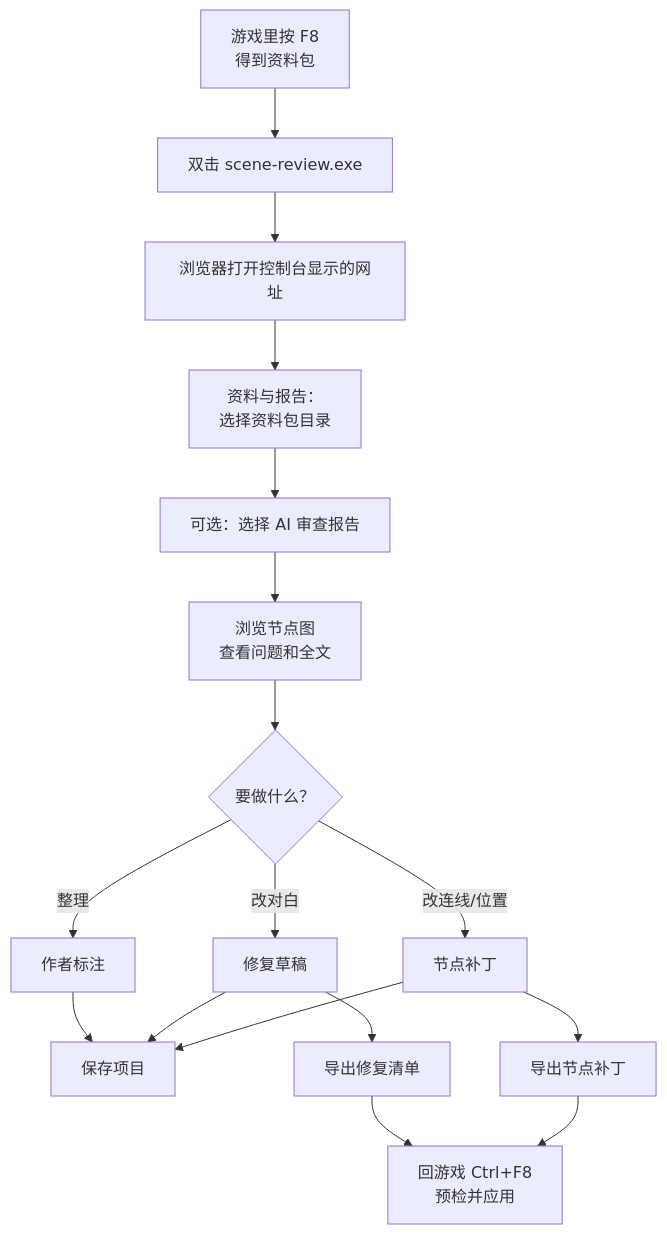
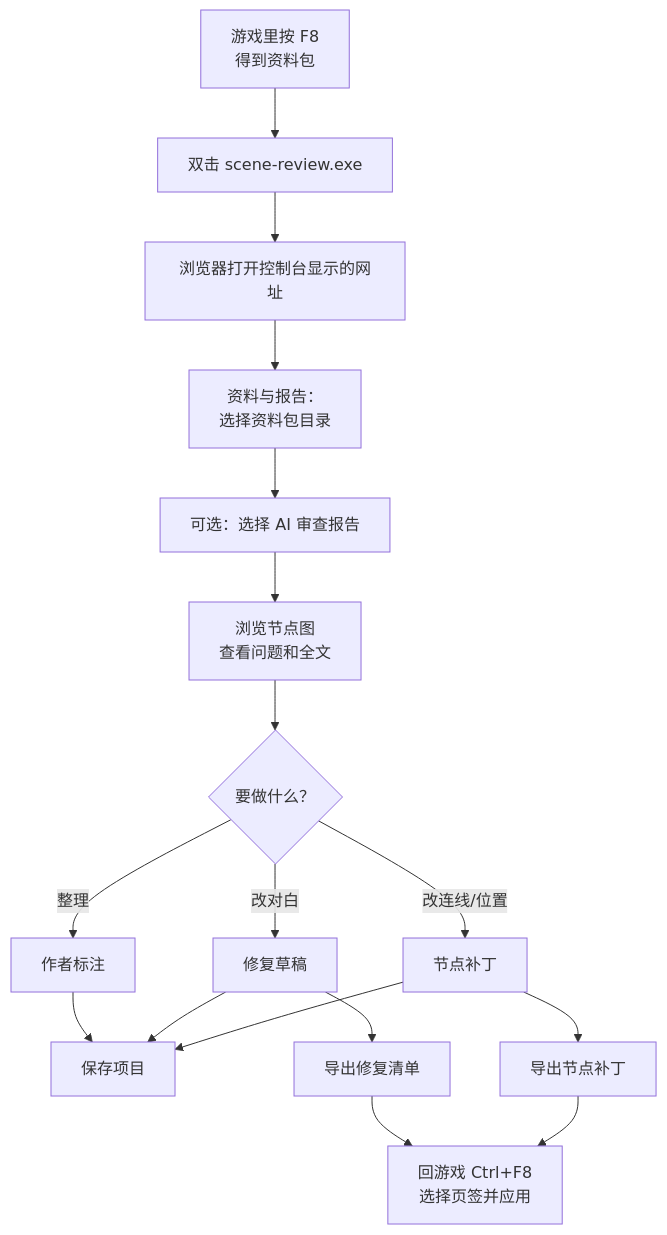
One commit to invatespec/EmotionCreators-plugins changed the first of 5 diagrams in EC_SceneAudit/review-browser/Readme-claude-opus-5.5.md. Above: the diagram before and after it, drawn with Mermaid. The commit also changed other lines of this file and 45 other files, not shown here.

````diff
--- a/EC_SceneAudit/review-browser/Readme-claude-opus-5.5.md
+++ b/EC_SceneAudit/review-browser/Readme-claude-opus-5.5.md
@@ -16,19 +16,19 @@
 ```mermaid
 flowchart TD
     A["游戏里按 F8<br/>得到资料包"] --> B["双击 scene-review.exe"]
     B --> C["浏览器打开控制台显示的网址"]
     C --> D["资料与报告：<br/>选择资料包目录"]
     D --> E["可选：选择 AI 审查报告"]
     E --> F["浏览节点图<br/>查看问题和全文"]
     F --> G{"要做什么？"}
     G -->|整理| H["作者标注"]
     G -->|改对白| I["修复草稿"]
     G -->|改连线/位置| J["节点补丁"]
     H --> K["保存项目"]
     I --> K
     J --> K
     I --> L["导出修复清单"]
     J --> M["导出节点补丁"]
-    L --> N["回游戏 Ctrl+F8<br/>预检并应用"]
+    L --> N["回游戏 Ctrl+F8<br/>选择页签并应用"]
     M --> N
 ```
````
